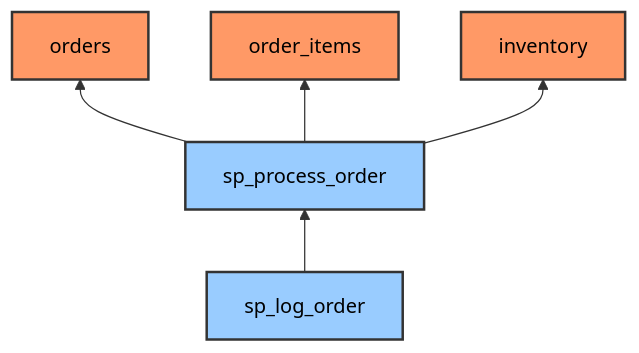
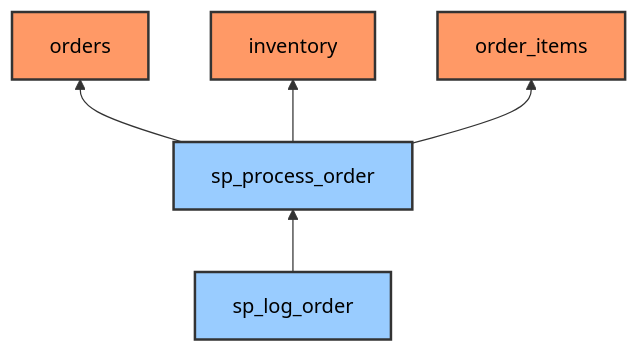
One commit to 25Jayesh10/Data_Lineage_Analyzer changed the diagram in diagrams/lineage.mmd. Above: the diagram before and after it, drawn with Mermaid. The commit also changed 5 other files, not shown here.

```diff
--- a/diagrams/lineage.mmd
+++ b/diagrams/lineage.mmd
@@ -1,10 +1,10 @@
 graph BT
     %% Node styles
     classDef table fill:#f96,stroke:#333,stroke-width:2px,color:#000;
     classDef stored_proc fill:#9cf,stroke:#333,stroke-width:2px ,color:#000;
     sp_log_order --> sp_process_order
     sp_process_order --> orders
+    sp_process_order --> inventory
     sp_process_order --> order_items
-    sp_process_order --> inventory
     class orders,order_items,inventory table;
-    class sp_process_order,sp_log_order stored_proc;
+    class sp_log_order,sp_process_order stored_proc;
```
